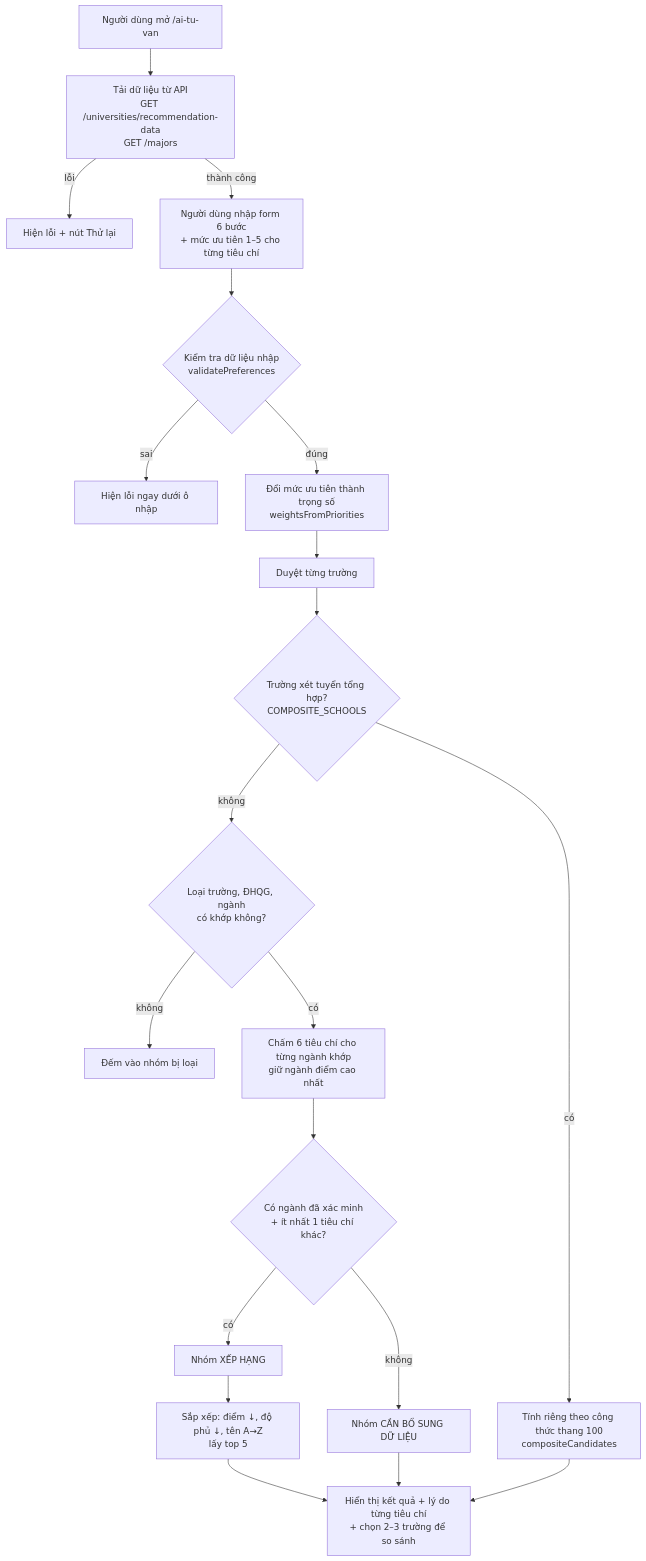
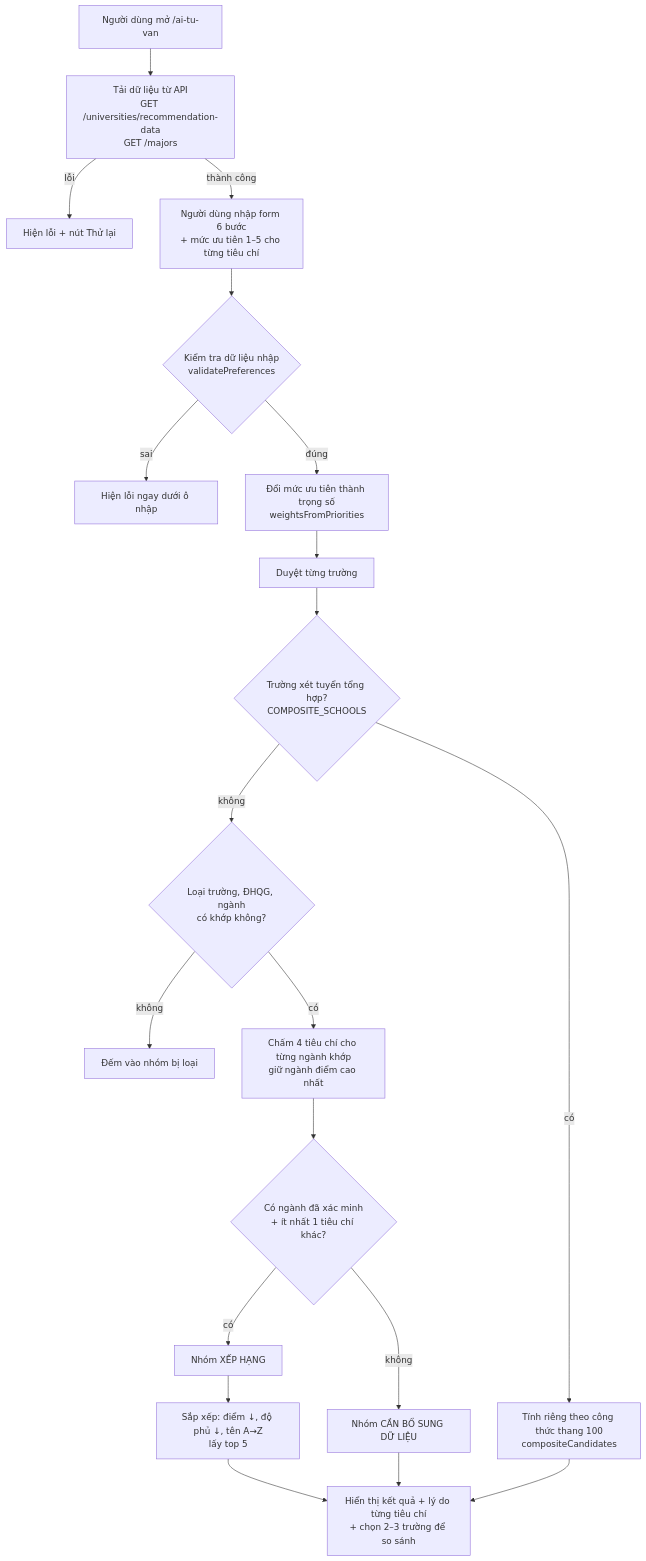
Before and after one commit to 24521912-source/university-finder: the diagram in docs/LUONG_AI_TU_VAN.md, drawn with Mermaid. The commit also changed other lines of this file and 1 other file, not shown here.

Commit message:
docs(ai): cập nhật còn 4 tiêu chí tư vấn

````diff
--- a/docs/LUONG_AI_TU_VAN.md
+++ b/docs/LUONG_AI_TU_VAN.md
@@ -14,22 +14,22 @@
 ```mermaid
 flowchart TD
     A[Người dùng mở /ai-tu-van] --> B[Tải dữ liệu từ API<br/>GET /universities/recommendation-data<br/>GET /majors]
     B -->|lỗi| B1[Hiện lỗi + nút Thử lại]
     B -->|thành công| C[Người dùng nhập form 6 bước<br/>+ mức ưu tiên 1–5 cho từng tiêu chí]
     C --> D{Kiểm tra dữ liệu nhập<br/>validatePreferences}
     D -->|sai| D1[Hiện lỗi ngay dưới ô nhập]
     D -->|đúng| E[Đổi mức ưu tiên thành trọng số<br/>weightsFromPriorities]
     E --> F[Duyệt từng trường]
     F --> G{Trường xét tuyển tổng hợp?<br/>COMPOSITE_SCHOOLS}
     G -->|có| G1[Tính riêng theo công thức thang 100<br/>compositeCandidates]
     G -->|không| H{Loại trường, ĐHQG, ngành<br/>có khớp không?}
     H -->|không| H1[Đếm vào nhóm bị loại]
-    H -->|có| I[Chấm 6 tiêu chí cho từng ngành khớp<br/>giữ ngành điểm cao nhất]
+    H -->|có| I[Chấm 4 tiêu chí cho từng ngành khớp<br/>giữ ngành điểm cao nhất]
     I --> J{Có ngành đã xác minh<br/>+ ít nhất 1 tiêu chí khác?}
     J -->|có| K[Nhóm XẾP HẠNG]
     J -->|không| L[Nhóm CẦN BỔ SUNG DỮ LIỆU]
     K --> M[Sắp xếp: điểm ↓, độ phủ ↓, tên A→Z<br/>lấy top 5]
     M --> N[Hiển thị kết quả + lý do từng tiêu chí<br/>+ chọn 2–3 trường để so sánh]
     L --> N
     G1 --> N
 ```
````
